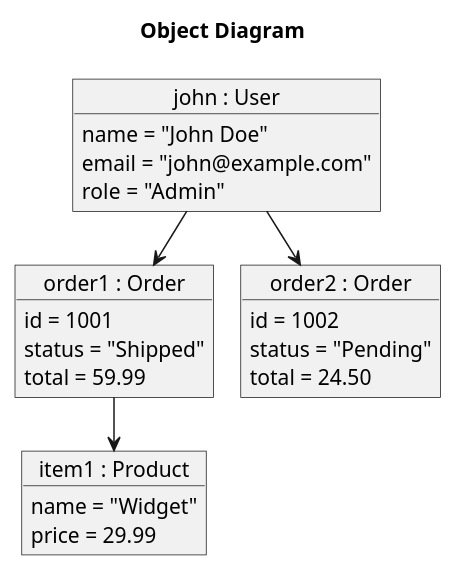
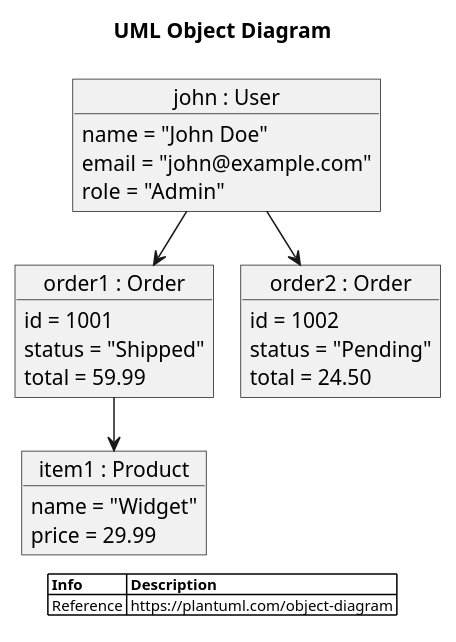
One commit to diosaraiva/plantuml-gui changed the diagram in plantuml-gui-java/src/main/resources/plantuml/samples/uml_object.puml. Above: the diagram before and after it, drawn with PlantUML. The commit also changed 27 other files, not shown here.

```diff
--- a/plantuml-gui-java/src/main/resources/plantuml/samples/uml_object.puml
+++ b/plantuml-gui-java/src/main/resources/plantuml/samples/uml_object.puml
@@ -1,32 +1,45 @@
 @startuml
 !pragma layout smetana
 
-title Object Diagram
+title UML Object Diagram
 
+' ---- Customizations ----
+skinparam legendBackgroundColor #white
+skinparam legendBorderColor #white
+skinparam legendFontSize 10
+
+' ---- Elements ----
 object "john : User" as john {
   name = "John Doe"
   email = "john@example.com"
   role = "Admin"
 }
 
 object "order1 : Order" as order1 {
   id = 1001
   status = "Shipped"
   total = 59.99
 }
 
 object "order2 : Order" as order2 {
   id = 1002
   status = "Pending"
   total = 24.50
 }
 
 object "item1 : Product" as item1 {
   name = "Widget"
   price = 29.99
 }
 
+' ---- Relations ----
 john --> order1
 john --> order2
 order1 --> item1
+
+legend
+|= Info |= Description |
+| Reference | https://plantuml.com/object-diagram |
+endlegend
+
 @enduml
```
